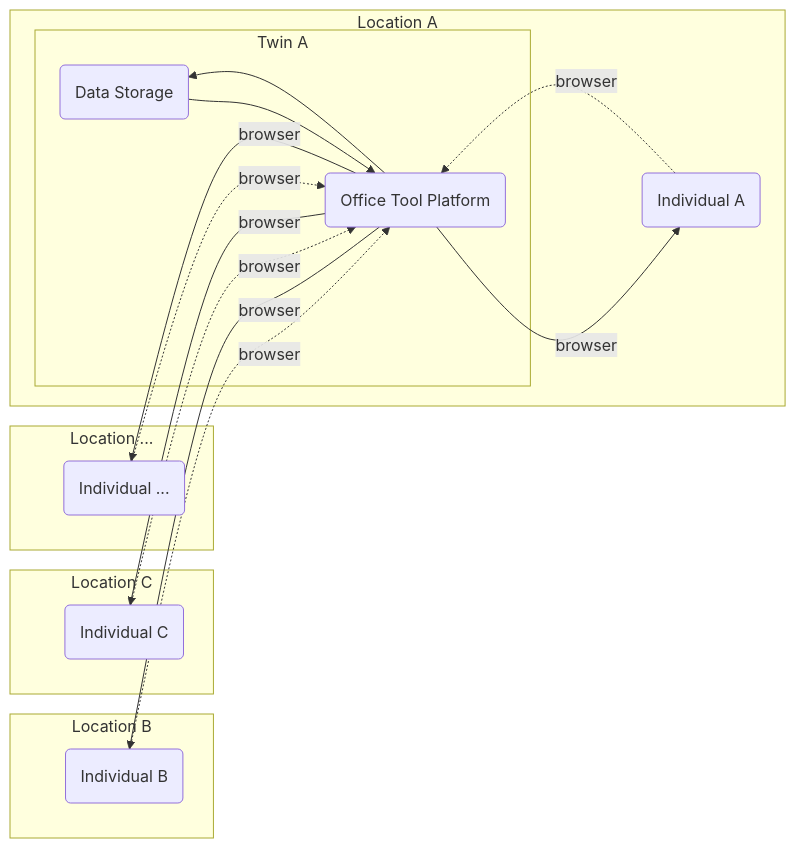
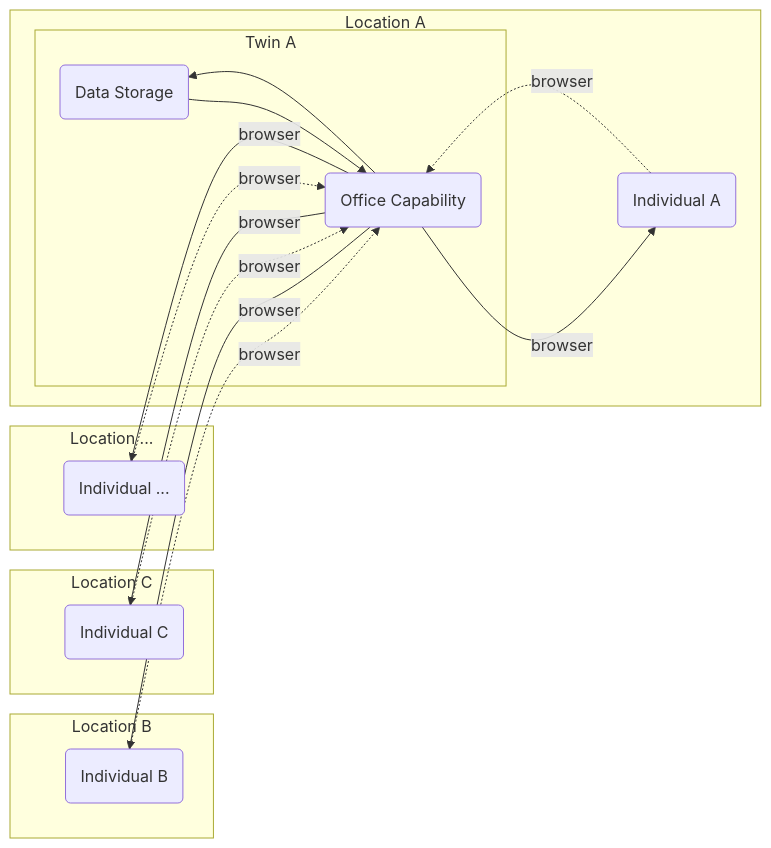
Before and after one commit to ourworldventures/ourworld_books_OLD: the second of 2 diagrams in docs/feasibility_study/src/Capabilities/Office_tools.md, drawn with Mermaid. The commit also changed 36 other files, not shown here.

````diff
--- a/docs/feasibility_study/src/Capabilities/Office_tools.md
+++ b/docs/feasibility_study/src/Capabilities/Office_tools.md
@@ -46,34 +46,34 @@
 ```mermaid
 graph RL
 
     subgraph Location A
         INDIVIDUALA(Individual A)
         subgraph Twin A
-            OFFICETOOL(Office Tool Platform)
+            OFFICETOOL(Office Capability)
             DATASTORE(Data Storage)
             OFFICETOOL --> DATASTORE
             DATASTORE --> OFFICETOOL 
         end
         INDIVIDUALA .->|browser| OFFICETOOL
         OFFICETOOL -->|browser| INDIVIDUALA
 
     end
 
     subgraph Location B
         INDIVIDUALB(Individual B)
     end 
         INDIVIDUALB .->|browser| OFFICETOOL
         OFFICETOOL -->|browser| INDIVIDUALB
    
     subgraph Location C
         INDIVIDUALC(Individual C)
     end 
         INDIVIDUALC .->|browser| OFFICETOOL
         OFFICETOOL -->|browser| INDIVIDUALC
 
     subgraph Location ...
         INDIVIDUALD(Individual ...)
     end 
         INDIVIDUALD .->|browser| OFFICETOOL
         OFFICETOOL -->|browser| INDIVIDUALD
 ```
````
